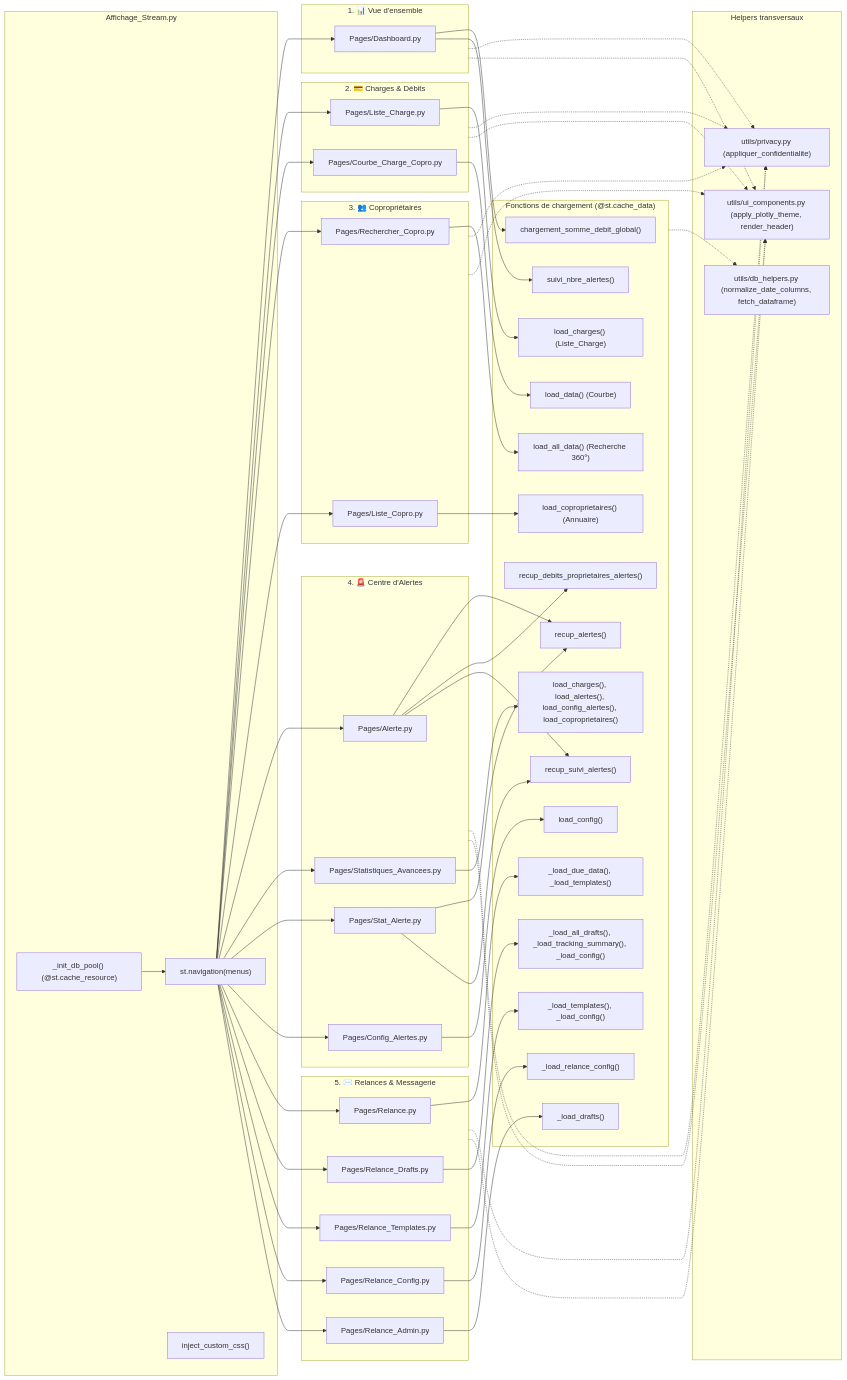
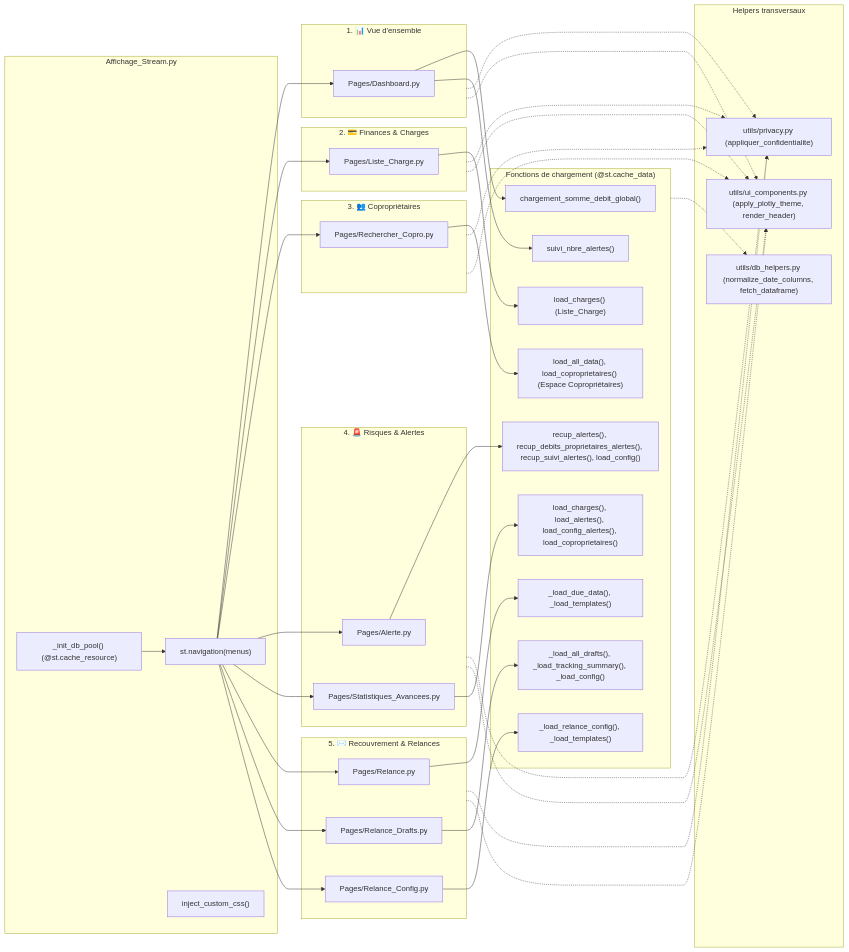
One commit to therealcorwin/CPTCOPRO changed the fourth of 9 diagrams in reports/call_graph.md. Above: the diagram before and after it, drawn with Mermaid. The commit also changed other lines of this file and 24 other files, not shown here.

````diff
--- a/reports/call_graph.md
+++ b/reports/call_graph.md
@@ -314,82 +314,63 @@
 ```mermaid
 flowchart LR
     subgraph ROOT[Affichage_Stream.py]
         pool["_init_db_pool() (@st.cache_resource)"]
         nav["st.navigation(menus)"]
         css["inject_custom_css()"]
     end
 
     subgraph SEC1["1. 📊 Vue d'ensemble"]
         p_dash["Pages/Dashboard.py"]
     end
 
-    subgraph SEC2["2. 💳 Charges & Débits"]
+    subgraph SEC2["2. 💳 Finances & Charges"]
         p_lc["Pages/Liste_Charge.py"]
-        p_cc["Pages/Courbe_Charge_Copro.py"]
     end
 
     subgraph SEC3["3. 👥 Copropriétaires"]
         p_rech["Pages/Rechercher_Copro.py"]
-        p_lcopro["Pages/Liste_Copro.py"]
     end
 
-    subgraph SEC4["4. 🚨 Centre d'Alertes"]
+    subgraph SEC4["4. 🚨 Risques & Alertes"]
         p_ale["Pages/Alerte.py"]
         p_sadv["Pages/Statistiques_Avancees.py"]
-        p_sale["Pages/Stat_Alerte.py"]
-        p_cfg["Pages/Config_Alertes.py"]
     end
 
-    subgraph SEC5["5. ✉️ Relances & Messagerie"]
+    subgraph SEC5["5. ✉️ Recouvrement & Relances"]
         p_rel["Pages/Relance.py"]
         p_drf["Pages/Relance_Drafts.py"]
-        p_tpl["Pages/Relance_Templates.py"]
         p_rcfg["Pages/Relance_Config.py"]
-        p_adm["Pages/Relance_Admin.py"]
     end
 
     subgraph LOADERS["Fonctions de chargement (@st.cache_data)"]
         f_d1["chargement_somme_debit_global()"]
         f_d2["suivi_nbre_alertes()"]
         f_lc["load_charges() (Liste_Charge)"]
-        f_cc["load_data() (Courbe)"]
-        f_rc["load_all_data() (Recherche 360°)"]
-        f_lco["load_coproprietaires() (Annuaire)"]
-        f_al1["recup_alertes()"]
-        f_al2["recup_debits_proprietaires_alertes()"]
-        f_al3["recup_suivi_alertes()"]
+        f_rc["load_all_data(), load_coproprietaires() (Espace Copropriétaires)"]
+        f_al1["recup_alertes(), recup_debits_proprietaires_alertes(), recup_suivi_alertes(), load_config()"]
         f_sa1["load_charges(), load_alertes(), load_config_alertes(), load_coproprietaires()"]
-        f_cf1["load_config()"]
         f_r1["_load_due_data(), _load_templates()"]
         f_r2["_load_all_drafts(), _load_tracking_summary(), _load_config()"]
-        f_r3["_load_templates(), _load_config()"]
-        f_r4["_load_relance_config()"]
-        f_r5["_load_drafts()"]
+        f_r4["_load_relance_config(), _load_templates()"]
     end
 
     subgraph HELPERS["Helpers transversaux"]
         h_norm["utils/db_helpers.py (normalize_date_columns, fetch_dataframe)"]
         h_priv["utils/privacy.py (appliquer_confidentialite)"]
         h_ui["utils/ui_components.py (apply_plotly_theme, render_header)"]
     end
 
     pool --> nav
     nav --> p_dash --> f_d1 & f_d2
     nav --> p_lc --> f_lc
-    nav --> p_cc --> f_cc
     nav --> p_rech --> f_rc
-    nav --> p_lcopro --> f_lco
-    nav --> p_ale --> f_al1 & f_al2 & f_al3
+    nav --> p_ale --> f_al1
     nav --> p_sadv --> f_sa1
-    nav --> p_sale --> f_al1 & f_al3
-    nav --> p_cfg --> f_cf1
     nav --> p_rel --> f_r1
     nav --> p_drf --> f_r2
-    nav --> p_tpl --> f_r3
     nav --> p_rcfg --> f_r4
-    nav --> p_adm --> f_r5
 
     LOADERS -.-> h_norm
     SEC1 & SEC2 & SEC3 & SEC4 & SEC5 -.-> h_priv
     SEC1 & SEC2 & SEC3 & SEC4 & SEC5 -.-> h_ui
 ```
````
